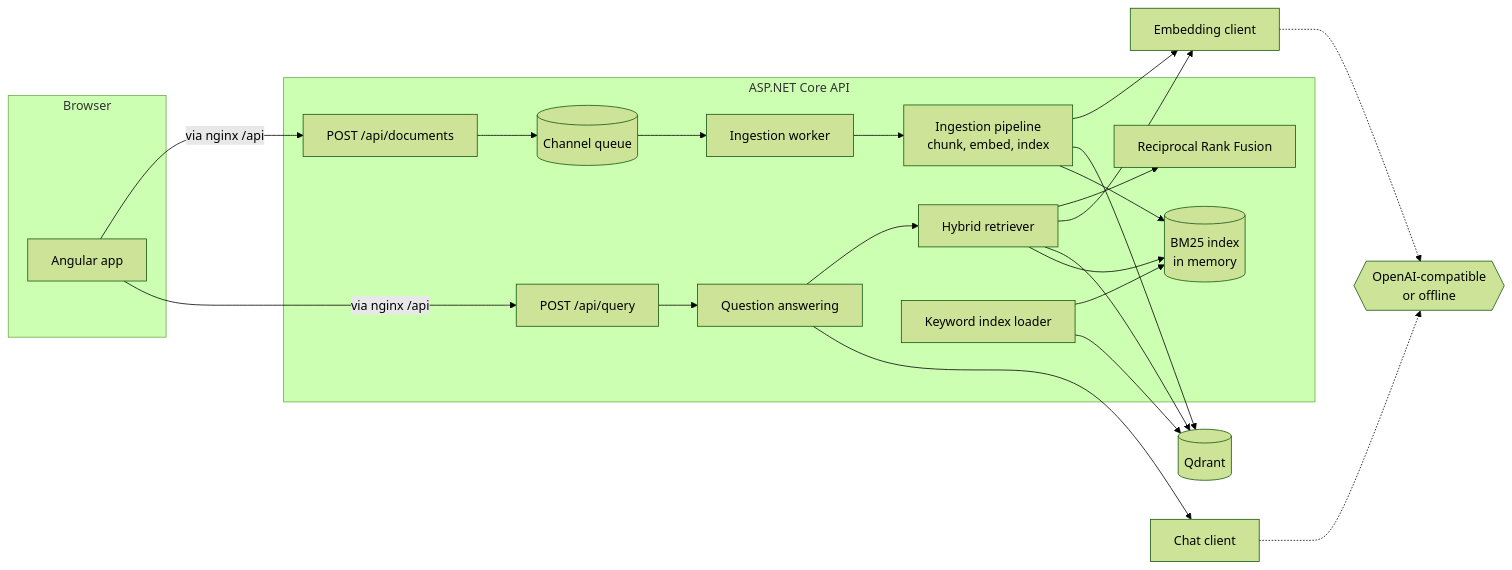
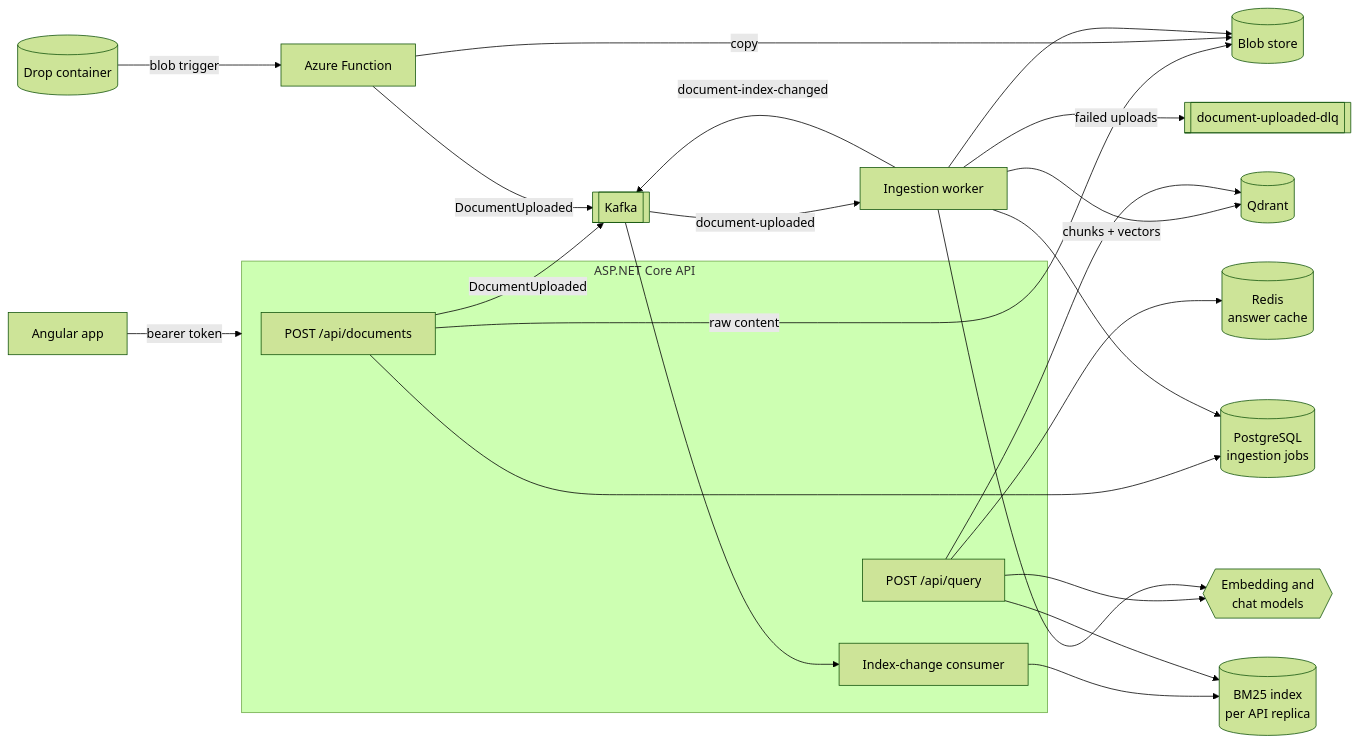
The diagram in README.md (jay3490/document-intelligence-rag), drawn with Mermaid (forest theme) before and after one commit. The commit also changed other lines of this file, not shown here.

First line of the commit message:
docs: describe the event-driven, multi-tenant architecture

````diff
--- a/README.md
+++ b/README.md
@@ -16,31 +23,33 @@
 ```mermaid
 flowchart LR
-    subgraph Browser
-        UI[Angular app]
+    UI[Angular app] -->|bearer token| API
+
+    subgraph API[ASP.NET Core API]
+        Upload[POST /api/documents]
+        Query[POST /api/query]
+        Sync[Index-change consumer]
     end
 
-    subgraph API[ASP.NET Core API]
-        Upload[POST /api/documents] --> Queue[(Channel queue)]
-        Queue --> Worker[Ingestion worker]
-        Worker --> Pipeline[Ingestion pipeline<br/>chunk, embed, index]
-        Query[POST /api/query] --> Answering[Question answering]
-        Answering --> Retriever[Hybrid retriever]
-        Retriever --> Fusion[Reciprocal Rank Fusion]
-        Warmup[Keyword index loader] --> BM25
-    end
+    Drop[(Drop container)] -->|blob trigger| Func[Azure Function]
 
-    UI -->|via nginx /api| Upload
-    UI -->|via nginx /api| Query
+    Upload -->|raw content| Blob[(Blob store)]
+    Func -->|copy| Blob
+    Upload -->|DocumentUploaded| Kafka[[Kafka]]
+    Func -->|DocumentUploaded| Kafka
+    Upload --> Jobs[(PostgreSQL<br/>ingestion jobs)]
 
-    Pipeline --> Embeddings[Embedding client]
-    Pipeline --> Qdrant[(Qdrant)]
-    Pipeline --> BM25[(BM25 index<br/>in memory)]
-    Retriever --> Embeddings
-    Retriever --> Qdrant
-    Retriever --> BM25
-    Answering --> Chat[Chat client]
-    Warmup --> Qdrant
+    Kafka -->|document-uploaded| Worker[Ingestion worker]
+    Worker --> Blob
+    Worker --> Jobs
+    Worker -->|chunks + vectors| Qdrant[(Qdrant)]
+    Worker -->|failed uploads| DLQ[[document-uploaded-dlq]]
+    Worker -->|document-index-changed| Kafka
+    Kafka --> Sync
+    Sync --> BM25[(BM25 index<br/>per API replica)]
 
-    Embeddings -.-> Provider{{OpenAI-compatible<br/>or offline}}
-    Chat -.-> Provider
+    Query --> Cache[(Redis<br/>answer cache)]
+    Query --> BM25
+    Query --> Qdrant
+    Query --> Models{{Embedding and<br/>chat models}}
+    Worker --> Models
 ```
````
